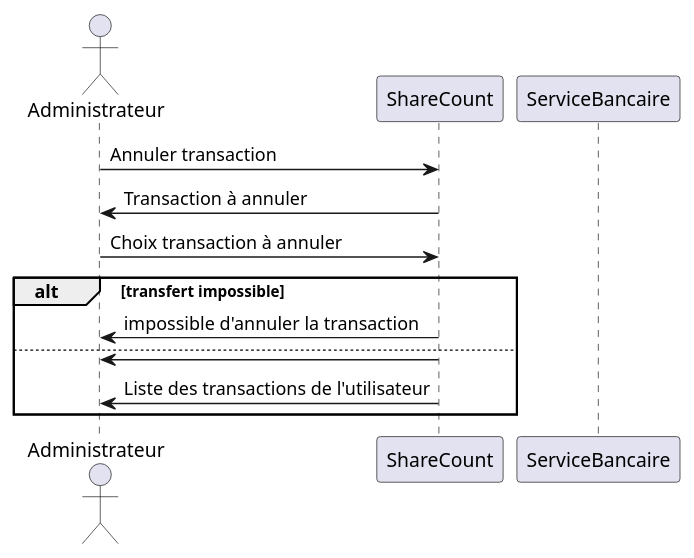
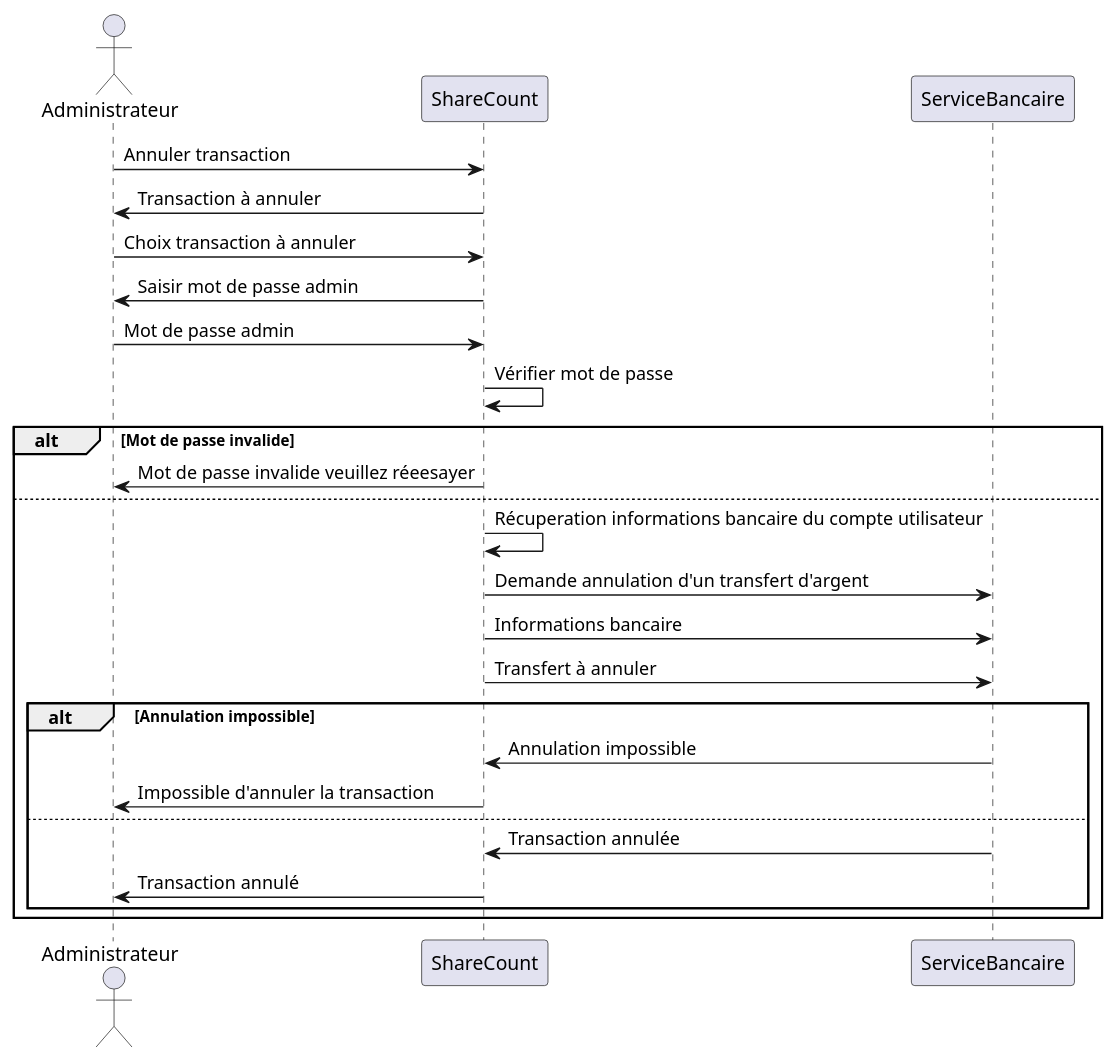
Before and after one commit to lmtb06/sharecount: the diagram in diagrammes/specification/sequence/admin-annuler-tansactions-profil.puml, drawn with PlantUML. The commit also changed 4 other files, not shown here.

Commit message:
correction diagrammes

```diff
--- a/diagrammes/specification/sequence/admin-annuler-tansactions-profil.puml
+++ b/diagrammes/specification/sequence/admin-annuler-tansactions-profil.puml
@@ -1,15 +1,28 @@
 @startuml
 actor Administrateur as a
 participant ShareCount as sc
 participant ServiceBancaire as sb
 
 a 	-> 	sc : Annuler transaction
 a 	<- 	sc : Transaction à annuler
 a 	-> 	sc : Choix transaction à annuler
-alt transfert impossible
-a 	<- 	sc : impossible d'annuler la transaction
+a 	<- 	sc : Saisir mot de passe admin
+a 	-> 	sc : Mot de passe admin
+sc 	-> 	sc : Vérifier mot de passe
+alt Mot de passe invalide
+a 	<- 	sc : Mot de passe invalide veuillez réeesayer
 else
-a 	<- 	sc : 
-a 	<- 	sc : Liste des transactions de l'utilisateur
+sc 	-> 	sc : Récuperation informations bancaire du compte utilisateur
+sc 	->	sb : Demande annulation d'un transfert d'argent
+sc 	-> 	sb : Informations bancaire
+sc 	->	sb : Transfert à annuler
+
+alt Annulation impossible
+sc 	<-	sb : Annulation impossible
+a 	<- 	sc : Impossible d'annuler la transaction
+else
+sc 	<-	sb : Transaction annulée
+a 	<- 	sc : Transaction annulé
+end
 end
 @enduml
```
